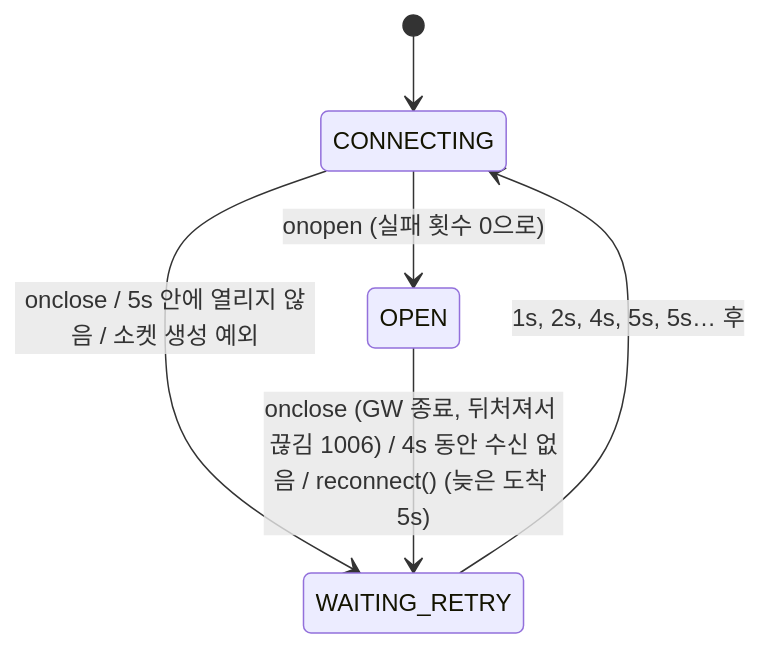
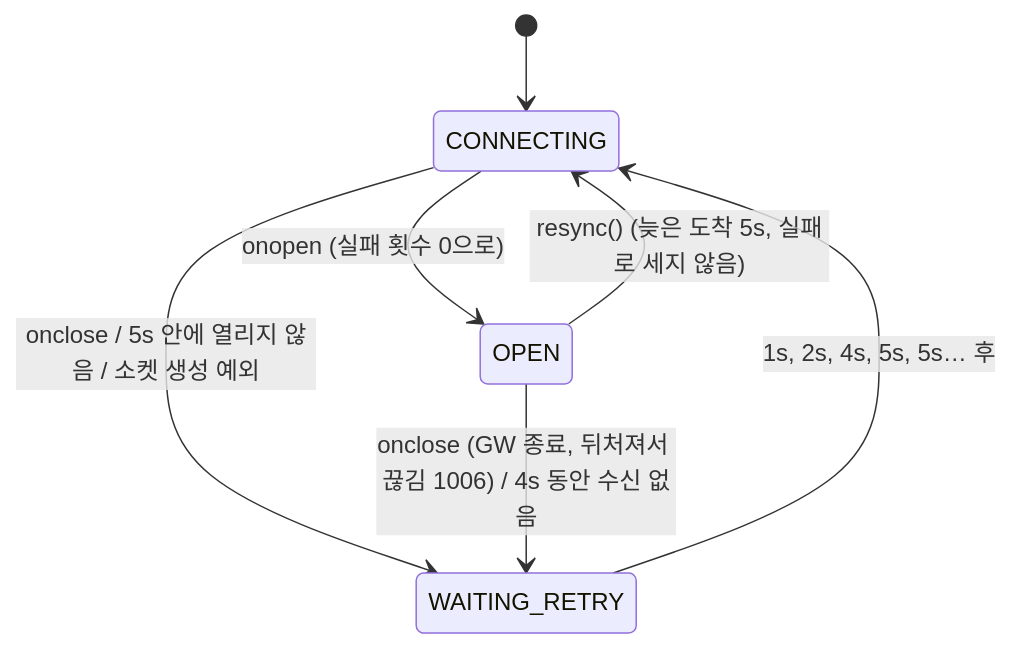
One commit to PuniPaw/ugv-control-hmi changed the sixth of 6 diagrams in docs/03_SDD.md. Above: the diagram before and after it, drawn with Mermaid. The commit also changed other lines of this file and 5 other files, not shown here.

````diff
--- a/docs/03_SDD.md
+++ b/docs/03_SDD.md
@@ -236,8 +239,9 @@
 ```mermaid
 stateDiagram-v2
     [*] --> CONNECTING
     CONNECTING --> OPEN: onopen (실패 횟수 0으로)
     CONNECTING --> WAITING_RETRY: onclose / 5s 안에 열리지 않음 / 소켓 생성 예외
-    OPEN --> WAITING_RETRY: onclose (GW 종료, 뒤처져서 끊김 1006) / 4s 동안 수신 없음 / reconnect() (늦은 도착 5s)
+    OPEN --> WAITING_RETRY: onclose (GW 종료, 뒤처져서 끊김 1006) / 4s 동안 수신 없음
+    OPEN --> CONNECTING: resync() (늦은 도착 5s, 실패로 세지 않음)
     WAITING_RETRY --> CONNECTING: 1s, 2s, 4s, 5s, 5s… 후
 ```
````
